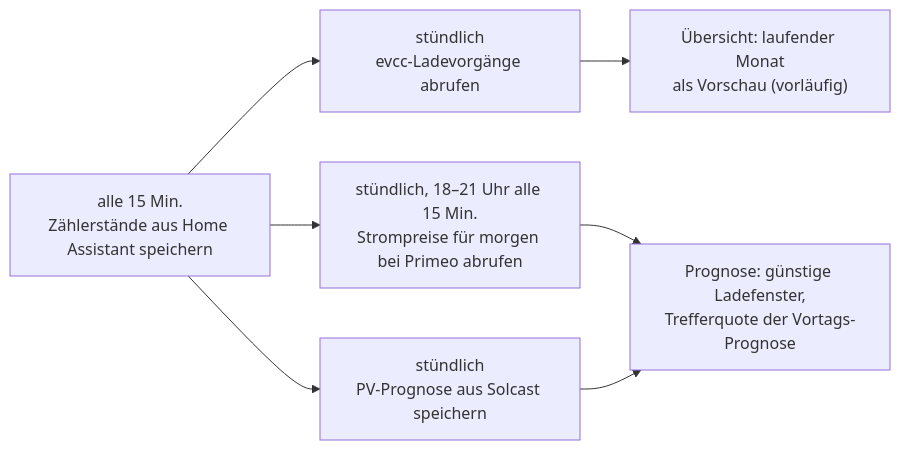
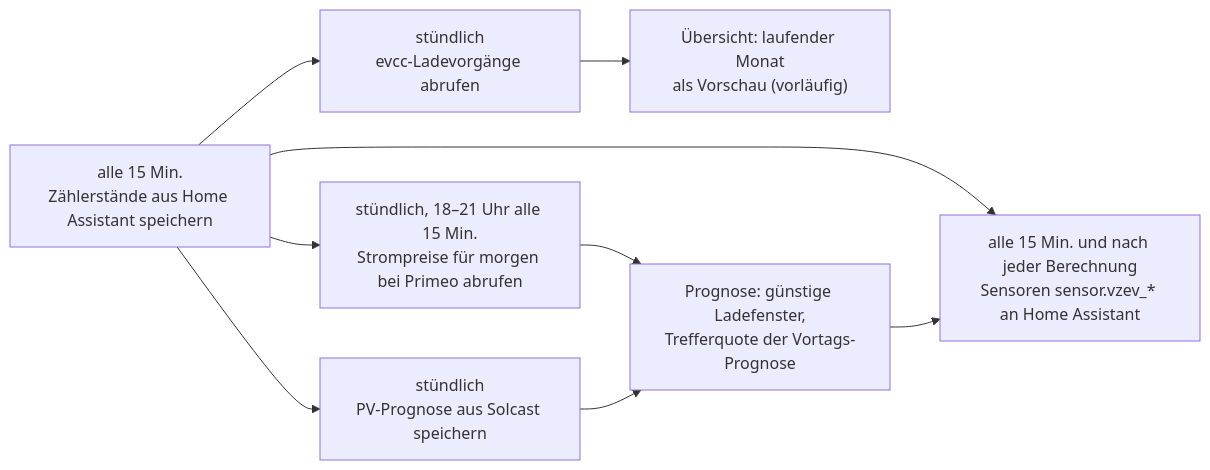
Before and after one commit to khu1985/vzev-ha: the diagram in docs/prozess-laufend.mmd, drawn with Mermaid. The commit also changed 7 other files, not shown here.

Commit message:
Doku: Sensoren, Aufgaben-Assistent, Erinnerung, Sicherung, Wärmepumpen in README und Grafiken

```diff
--- a/docs/prozess-laufend.mmd
+++ b/docs/prozess-laufend.mmd
@@ -1,6 +1,8 @@
 flowchart LR
     A["alle 15 Min.<br/>Zählerstände aus Home Assistant speichern"] --> B["stündlich<br/>evcc-Ladevorgänge abrufen"]
     B --> C["Übersicht: laufender Monat<br/>als Vorschau (vorläufig)"]
     A --> D["stündlich, 18–21 Uhr alle 15 Min.<br/>Strompreise für morgen bei Primeo abrufen"]
     A --> P["stündlich<br/>PV-Prognose aus Solcast speichern"]
     D & P --> L["Prognose: günstige Ladefenster,<br/>Trefferquote der Vortags-Prognose"]
+    A --> SN["alle 15 Min. und nach jeder Berechnung<br/>Sensoren sensor.vzev_* an Home Assistant"]
+    L --> SN
```
